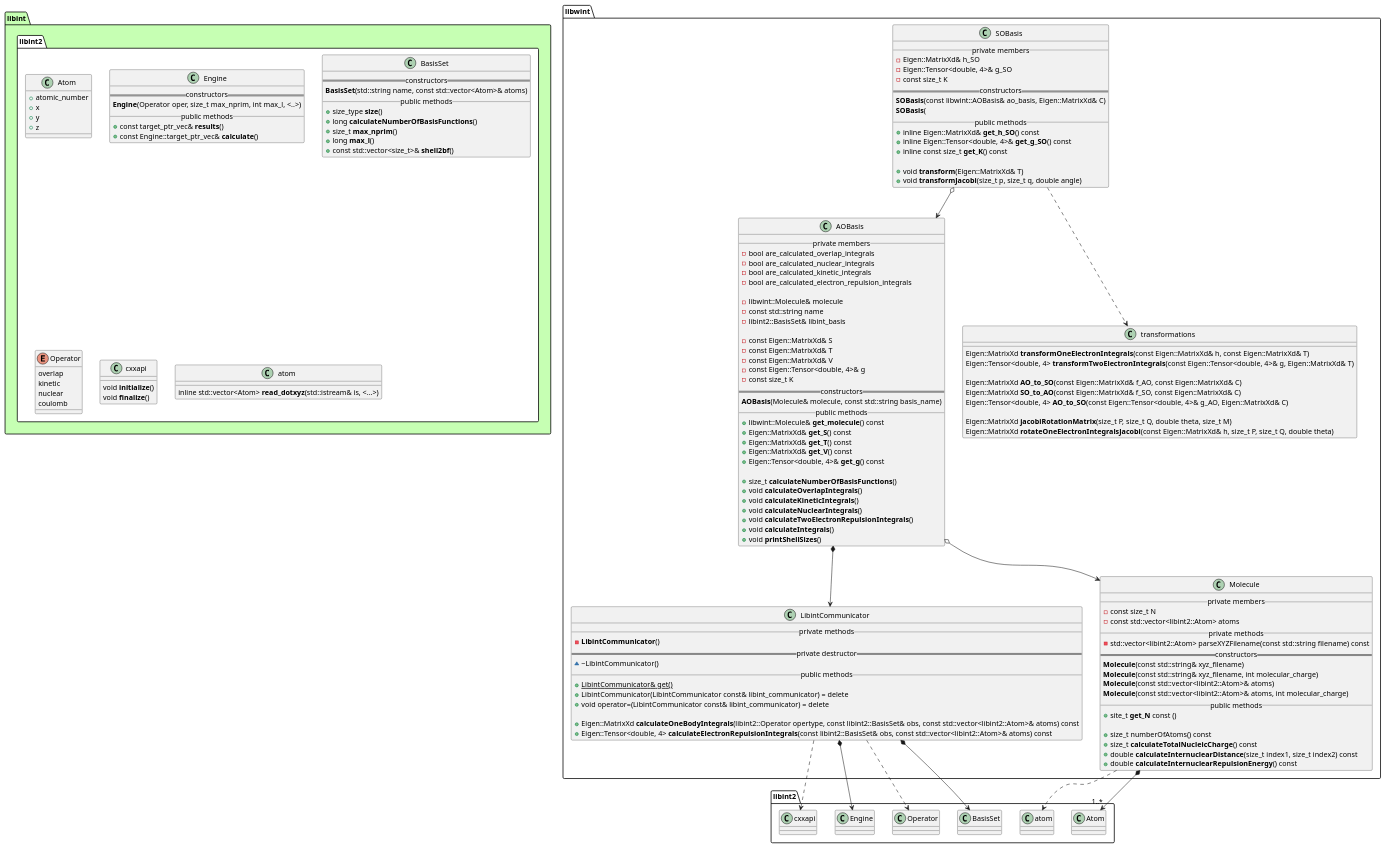
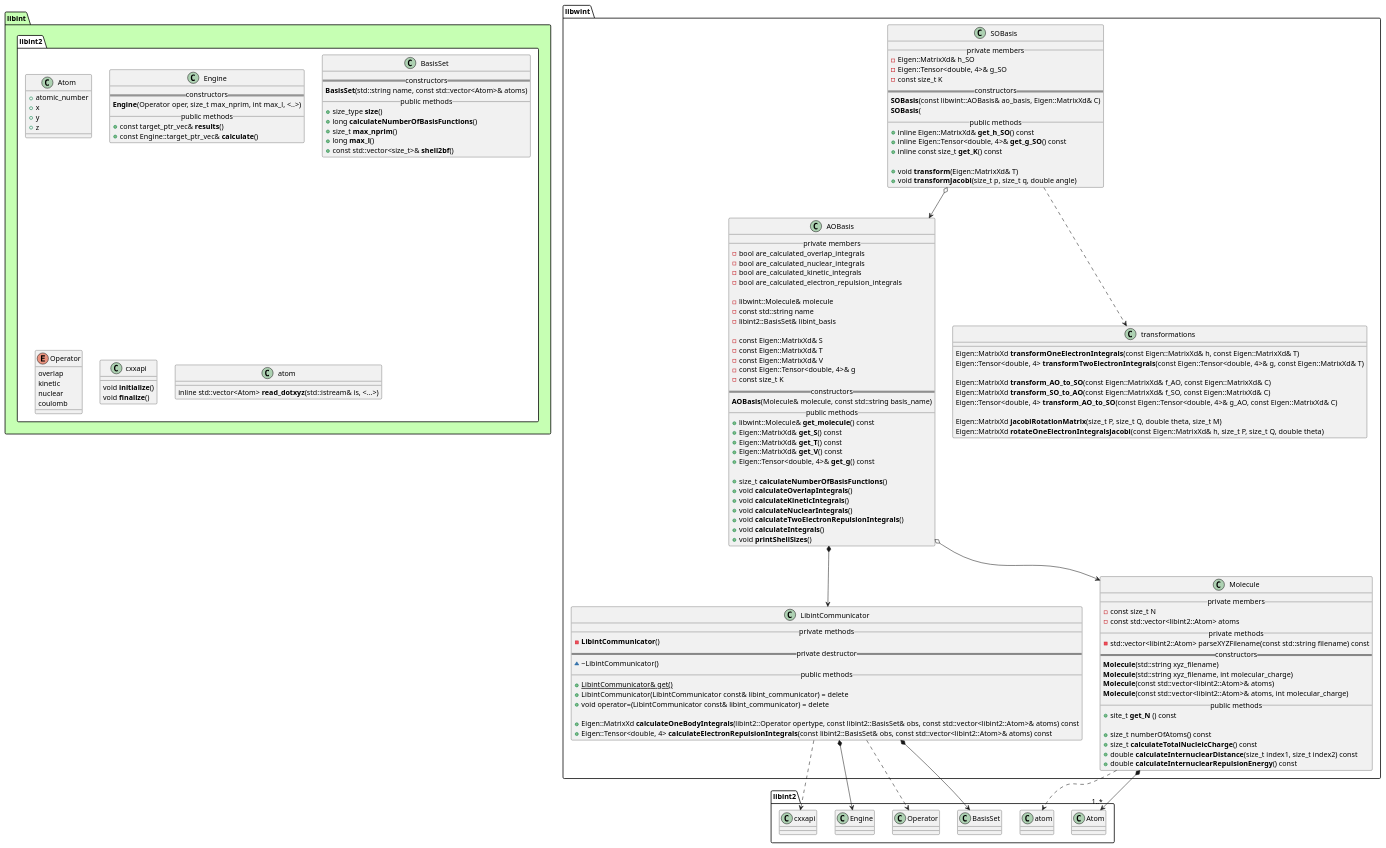
Before and after one commit to tmhuysen/libwint: the diagram in docs/libwint.puml, drawn with PlantUML. The commit also changed 6 other files, not shown here.

Commit message:
Const-correct LibintCommunicator, transformations and Molecule.

```diff
--- a/docs/libwint.puml
+++ b/docs/libwint.puml
@@ -1,176 +1,176 @@
 @startuml
 
 
 
 package libint #c6ffb3 {
     namespace libint2 #ffffff {
         class Atom {
             + atomic_number
             + x
             + y
             + z
         }
 
         class Engine {
             == constructors ==
                 **Engine**(Operator oper, size_t max_nprim, int max_l, <..>)
             __ public methods __
                 + const target_ptr_vec& **results**()
                 + const Engine::target_ptr_vec& **calculate**()
         }
 
         class BasisSet {
             == constructors ==
                 **BasisSet**(std::string name, const std::vector<Atom>& atoms)
             __ public methods __
                 + size_type **size**()
                 + long **calculateNumberOfBasisFunctions**()
                 + size_t **max_nprim**()
                 + long **max_l**()
                 + const std::vector<size_t>& **shell2bf**()
         }
 
         enum Operator {
             overlap
             kinetic
             nuclear
             coulomb
         }
 
         class cxxapi {
                 void **initialize**()
                 void **finalize**()
         }
 
         class atom {
             inline std::vector<Atom> **read_dotxyz**(std::istream& is, <...>)
         }
     }
 }
 
 
 
 
 namespace libwint {
 
     class AOBasis {
         __ private members __
             - bool are_calculated_overlap_integrals
             - bool are_calculated_nuclear_integrals
             - bool are_calculated_kinetic_integrals
             - bool are_calculated_electron_repulsion_integrals
 
             - libwint::Molecule& molecule
             - const std::string name
             - libint2::BasisSet& libint_basis
 
             - const Eigen::MatrixXd& S
             - const Eigen::MatrixXd& T
             - const Eigen::MatrixXd& V
             - const Eigen::Tensor<double, 4>& g
             - const size_t K
         == constructors ==
             **AOBasis**(Molecule& molecule, const std::string basis_name)
         __ public methods __
             + libwint::Molecule& **get_molecule**() const
             + Eigen::MatrixXd& **get_S**() const
             + Eigen::MatrixXd& **get_T**() const
             + Eigen::MatrixXd& **get_V**() const
             + Eigen::Tensor<double, 4>& **get_g**() const
 
             + size_t **calculateNumberOfBasisFunctions**()
             + void **calculateOverlapIntegrals**()
             + void **calculateKineticIntegrals**()
             + void **calculateNuclearIntegrals**()
             + void **calculateTwoElectronRepulsionIntegrals**()
             + void **calculateIntegrals**()
             + void **printShellSizes**()
     }
 
 
     class SOBasis {
         __ private members __
             - Eigen::MatrixXd& h_SO
             - Eigen::Tensor<double, 4>& g_SO
             - const size_t K
         == constructors ==
             **SOBasis**(const libwint::AOBasis& ao_basis, Eigen::MatrixXd& C)
             **SOBasis**(
         __ public methods __
             + inline Eigen::MatrixXd& **get_h_SO**() const
             + inline Eigen::Tensor<double, 4>& **get_g_SO**() const
             + inline const size_t **get_K**() const
 
             + void **transform**(Eigen::MatrixXd& T)
             + void **transformJacobi**(size_t p, size_t q, double angle)
     }
 
 
     class transformations {
             Eigen::MatrixXd **transformOneElectronIntegrals**(const Eigen::MatrixXd& h, const Eigen::MatrixXd& T)
-            Eigen::Tensor<double, 4> **transformTwoElectronIntegrals**(const Eigen::Tensor<double, 4>& g, Eigen::MatrixXd& T)
+            Eigen::Tensor<double, 4> **transformTwoElectronIntegrals**(const Eigen::Tensor<double, 4>& g, const Eigen::MatrixXd& T)
 
-            Eigen::MatrixXd **AO_to_SO**(const Eigen::MatrixXd& f_AO, const Eigen::MatrixXd& C)
-            Eigen::MatrixXd **SO_to_AO**(const Eigen::MatrixXd& f_SO, const Eigen::MatrixXd& C)
-            Eigen::Tensor<double, 4> **AO_to_SO**(const Eigen::Tensor<double, 4>& g_AO, Eigen::MatrixXd& C)
+            Eigen::MatrixXd **transform_AO_to_SO**(const Eigen::MatrixXd& f_AO, const Eigen::MatrixXd& C)
+            Eigen::MatrixXd **transform_SO_to_AO**(const Eigen::MatrixXd& f_SO, const Eigen::MatrixXd& C)
+            Eigen::Tensor<double, 4> **transform_AO_to_SO**(const Eigen::Tensor<double, 4>& g_AO, const Eigen::MatrixXd& C)
 
             Eigen::MatrixXd **jacobiRotationMatrix**(size_t P, size_t Q, double theta, size_t M)
             Eigen::MatrixXd **rotateOneElectronIntegralsJacobi**(const Eigen::MatrixXd& h, size_t P, size_t Q, double theta)
     }
 
 
     class LibintCommunicator {
         __ private methods __
             - **LibintCommunicator**()
         == private destructor ==
             ~ ~LibintCommunicator()
         __ public methods __
             + {static} LibintCommunicator& get()
             + LibintCommunicator(LibintCommunicator const& libint_communicator) = delete
             + void operator=(LibintCommunicator const& libint_communicator) = delete
 
             + Eigen::MatrixXd **calculateOneBodyIntegrals**(libint2::Operator opertype, const libint2::BasisSet& obs, const std::vector<libint2::Atom>& atoms) const
             + Eigen::Tensor<double, 4> **calculateElectronRepulsionIntegrals**(const libint2::BasisSet& obs, const std::vector<libint2::Atom>& atoms) const
     }
 
 
     class Molecule {
         __ private members __
             - const size_t N
             - const std::vector<libint2::Atom> atoms
         __ private methods __
             - std::vector<libint2::Atom> parseXYZFilename(const std::string filename) const
         == constructors ==
-            **Molecule**(const std::string& xyz_filename)
-            **Molecule**(const std::string& xyz_filename, int molecular_charge)
+            **Molecule**(std::string xyz_filename)
+            **Molecule**(std::string xyz_filename, int molecular_charge)
             **Molecule**(const std::vector<libint2::Atom>& atoms)
             **Molecule**(const std::vector<libint2::Atom>& atoms, int molecular_charge)
         __ public methods __
-            + site_t **get_N** const ()
+            + site_t **get_N** () const
 
             + size_t numberOfAtoms() const
             + size_t **calculateTotalNucleicCharge**() const
             + double **calculateInternuclearDistance**(size_t index1, size_t index2) const
             + double **calculateInternuclearRepulsionEnergy**() const
     }
 
 }
 
 
 
 libwint.AOBasis o--> libwint.Molecule
 libwint.AOBasis *--> libwint.LibintCommunicator
 
 libwint.LibintCommunicator *--> libint2.BasisSet
 libwint.LibintCommunicator ..> libint2.Operator
 libwint.LibintCommunicator *--> libint2.Engine
 libwint.LibintCommunicator ..> libint2.cxxapi
 
 libwint.Molecule *--> "1..*" libint2.Atom
 libwint.Molecule ..> libint2.atom
 
 libwint.SOBasis ..> libwint.transformations
 libwint.SOBasis o--> libwint.AOBasis
 
 
 @enduml
```
